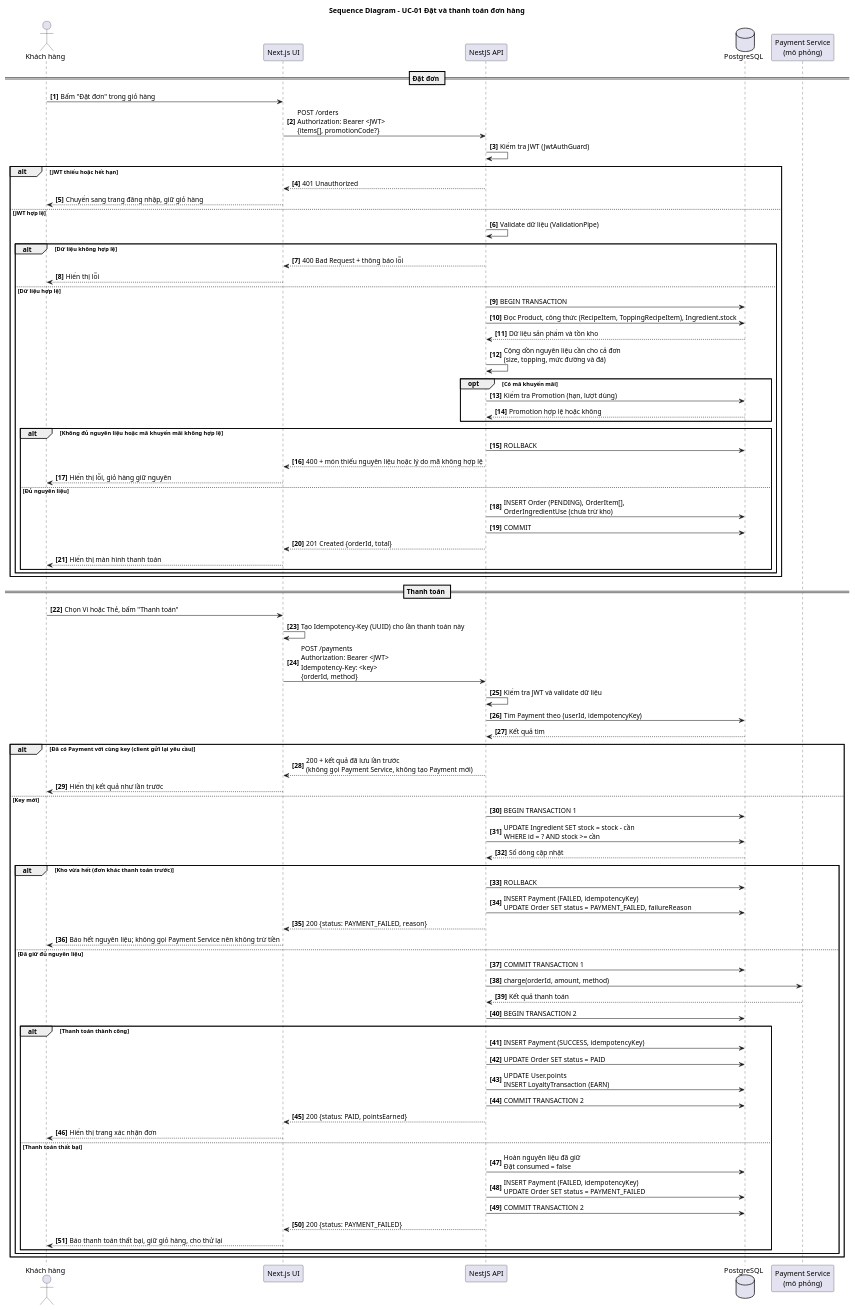
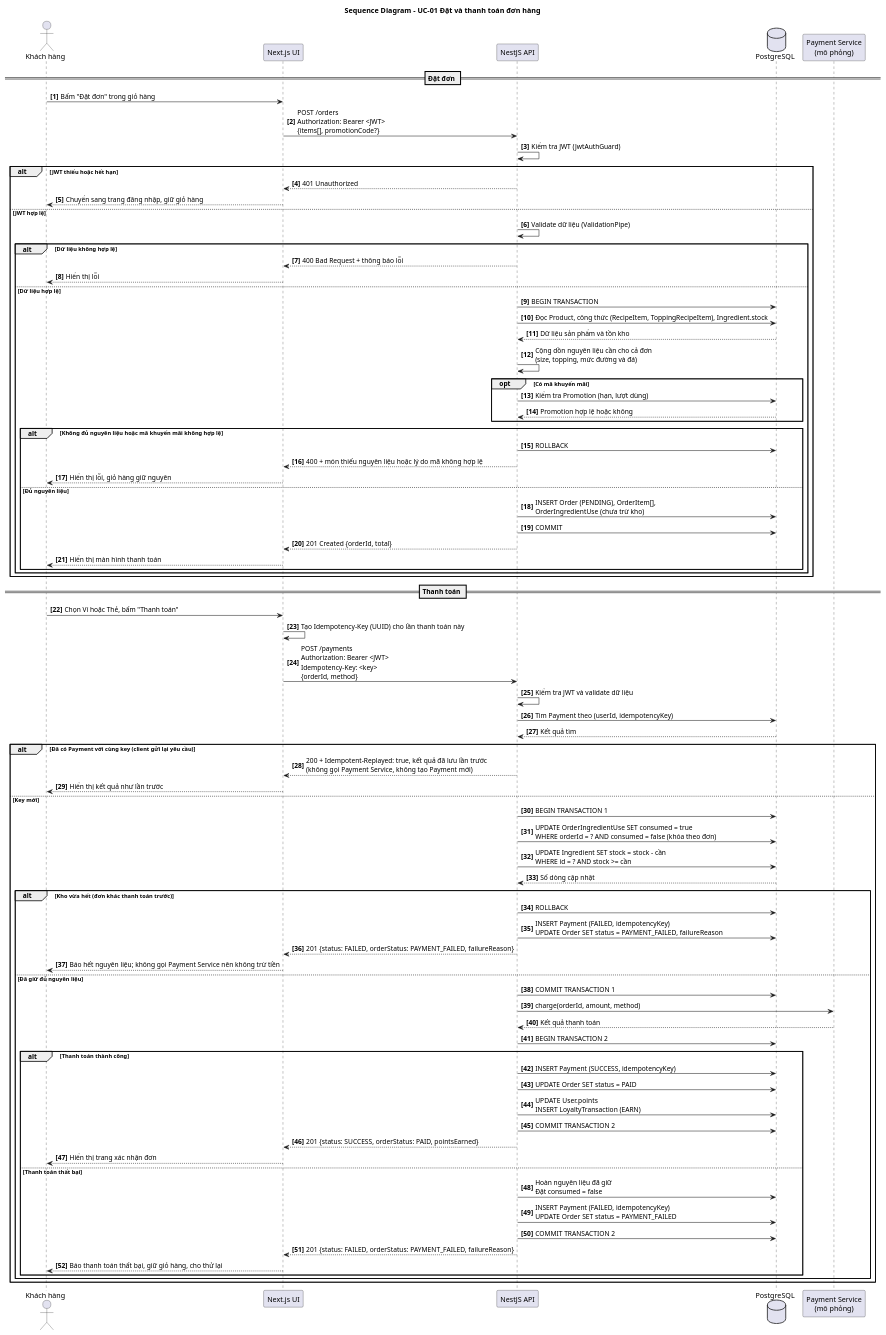
Before and after one commit to tthan-prog/BrewLite-AS2: the diagram in docs/diagrams/sequence-checkout.puml, drawn with PlantUML. The commit also changed 3 other files, not shown here.

Commit message:
docs: US-20 do A lam trong backlog; sequence them khoa theo don va ma 201

```diff
--- a/docs/diagrams/sequence-checkout.puml
+++ b/docs/diagrams/sequence-checkout.puml
@@ -1,93 +1,94 @@
 @startuml
 ' BrewLite AS2 - Task 2.2 - Sequence diagram cho UC-01 Đặt và thanh toán đơn hàng
 ' Tham chiếu: docs/requirements/use-case-checkout.md (UC-01), srs.md (FR-05..FR-10, FR-12..FR-14, NFR-02, NFR-04)
 skinparam shadowing false
 skinparam defaultFontName Arial
 skinparam sequenceMessageAlign left
 autonumber "<b>[0]"
 
 title Sequence Diagram - UC-01 Đặt và thanh toán đơn hàng
 
 actor "Khách hàng" as C
 participant "Next.js UI" as UI
 participant "NestJS API" as API
 database "PostgreSQL" as DB
 participant "Payment Service\n(mô phỏng)" as PS
 
 == Đặt đơn ==
 C -> UI : Bấm "Đặt đơn" trong giỏ hàng
 UI -> API : POST /orders\nAuthorization: Bearer <JWT>\n{items[], promotionCode?}
 API -> API : Kiểm tra JWT (JwtAuthGuard)
 alt JWT thiếu hoặc hết hạn
   API --> UI : 401 Unauthorized
   UI --> C : Chuyển sang trang đăng nhập, giữ giỏ hàng
 else JWT hợp lệ
   API -> API : Validate dữ liệu (ValidationPipe)
   alt Dữ liệu không hợp lệ
     API --> UI : 400 Bad Request + thông báo lỗi
     UI --> C : Hiển thị lỗi
   else Dữ liệu hợp lệ
     API -> DB : BEGIN TRANSACTION
     API -> DB : Đọc Product, công thức (RecipeItem, ToppingRecipeItem), Ingredient.stock
     DB --> API : Dữ liệu sản phẩm và tồn kho
     API -> API : Cộng dồn nguyên liệu cần cho cả đơn\n(size, topping, mức đường và đá)
     opt Có mã khuyến mãi
       API -> DB : Kiểm tra Promotion (hạn, lượt dùng)
       DB --> API : Promotion hợp lệ hoặc không
     end
     alt Không đủ nguyên liệu hoặc mã khuyến mãi không hợp lệ
       API -> DB : ROLLBACK
       API --> UI : 400 + món thiếu nguyên liệu hoặc lý do mã không hợp lệ
       UI --> C : Hiển thị lỗi, giỏ hàng giữ nguyên
     else Đủ nguyên liệu
       API -> DB : INSERT Order (PENDING), OrderItem[],\nOrderIngredientUse (chưa trừ kho)
       API -> DB : COMMIT
       API --> UI : 201 Created {orderId, total}
       UI --> C : Hiển thị màn hình thanh toán
     end
   end
 end
 
 == Thanh toán ==
 C -> UI : Chọn Ví hoặc Thẻ, bấm "Thanh toán"
 UI -> UI : Tạo Idempotency-Key (UUID) cho lần thanh toán này
 UI -> API : POST /payments\nAuthorization: Bearer <JWT>\nIdempotency-Key: <key>\n{orderId, method}
 API -> API : Kiểm tra JWT và validate dữ liệu
 API -> DB : Tìm Payment theo (userId, idempotencyKey)
 DB --> API : Kết quả tìm
 
 alt Đã có Payment với cùng key (client gửi lại yêu cầu)
-  API --> UI : 200 + kết quả đã lưu lần trước\n(không gọi Payment Service, không tạo Payment mới)
+  API --> UI : 200 + Idempotent-Replayed: true, kết quả đã lưu lần trước\n(không gọi Payment Service, không tạo Payment mới)
   UI --> C : Hiển thị kết quả như lần trước
 else Key mới
   API -> DB : BEGIN TRANSACTION 1
+  API -> DB : UPDATE OrderIngredientUse SET consumed = true\nWHERE orderId = ? AND consumed = false (khóa theo đơn)
   API -> DB : UPDATE Ingredient SET stock = stock - cần\nWHERE id = ? AND stock >= cần
   DB --> API : Số dòng cập nhật
   alt Kho vừa hết (đơn khác thanh toán trước)
     API -> DB : ROLLBACK
     API -> DB : INSERT Payment (FAILED, idempotencyKey)\nUPDATE Order SET status = PAYMENT_FAILED, failureReason
-    API --> UI : 200 {status: PAYMENT_FAILED, reason}
+    API --> UI : 201 {status: FAILED, orderStatus: PAYMENT_FAILED, failureReason}
     UI --> C : Báo hết nguyên liệu; không gọi Payment Service nên không trừ tiền
   else Đã giữ đủ nguyên liệu
     API -> DB : COMMIT TRANSACTION 1
     API -> PS : charge(orderId, amount, method)
     PS --> API : Kết quả thanh toán
     API -> DB : BEGIN TRANSACTION 2
     alt Thanh toán thành công
       API -> DB : INSERT Payment (SUCCESS, idempotencyKey)
       API -> DB : UPDATE Order SET status = PAID
       API -> DB : UPDATE User.points\nINSERT LoyaltyTransaction (EARN)
       API -> DB : COMMIT TRANSACTION 2
-      API --> UI : 200 {status: PAID, pointsEarned}
+      API --> UI : 201 {status: SUCCESS, orderStatus: PAID, pointsEarned}
       UI --> C : Hiển thị trang xác nhận đơn
     else Thanh toán thất bại
       API -> DB : Hoàn nguyên liệu đã giữ\nĐặt consumed = false
       API -> DB : INSERT Payment (FAILED, idempotencyKey)\nUPDATE Order SET status = PAYMENT_FAILED
       API -> DB : COMMIT TRANSACTION 2
-      API --> UI : 200 {status: PAYMENT_FAILED}
+      API --> UI : 201 {status: FAILED, orderStatus: PAYMENT_FAILED, failureReason}
       UI --> C : Báo thanh toán thất bại, giữ giỏ hàng, cho thử lại
     end
   end
 end
 
 @enduml
```
